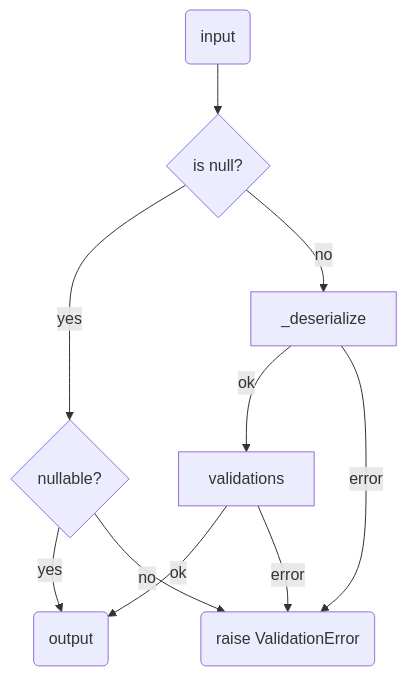
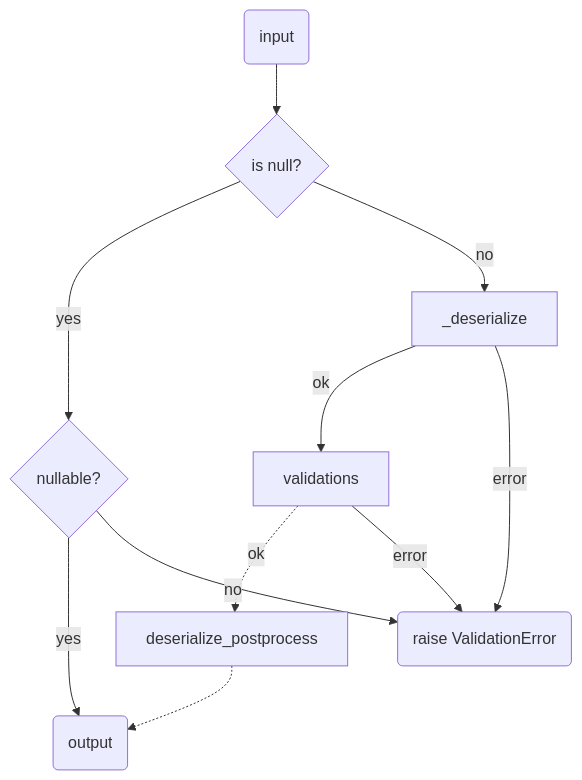
One commit to Dog-Egg/django-openapi changed the first of 2 diagrams in docs/docs/dev-note/graph.mdx. Above: the diagram before and after it, drawn with Mermaid. The commit also changed 3 other files, not shown here.

Commit message:
add: deserialize_postprocess

````diff
--- a/docs/docs/dev-note/graph.mdx
+++ b/docs/docs/dev-note/graph.mdx
@@ -5,20 +5,21 @@
 ```mermaid
 graph TD
     input(input)
     isnull{is null?}
     nullable{nullable?}
     error(raise ValidationError)
     validate[validations]
     deserialize[_deserialize]
     output(output)
 
     input --> isnull
     isnull --> |yes|nullable
     isnull --> |no|deserialize
     nullable --> |yes|output
     nullable --> |no|error
     deserialize --> |ok|validate
     deserialize --> |error|error
-    validate --> |ok|output
+    validate -.-> |ok|deserialize_postprocess
+    deserialize_postprocess -.-> output
     validate --> |error|error
 ```
````
